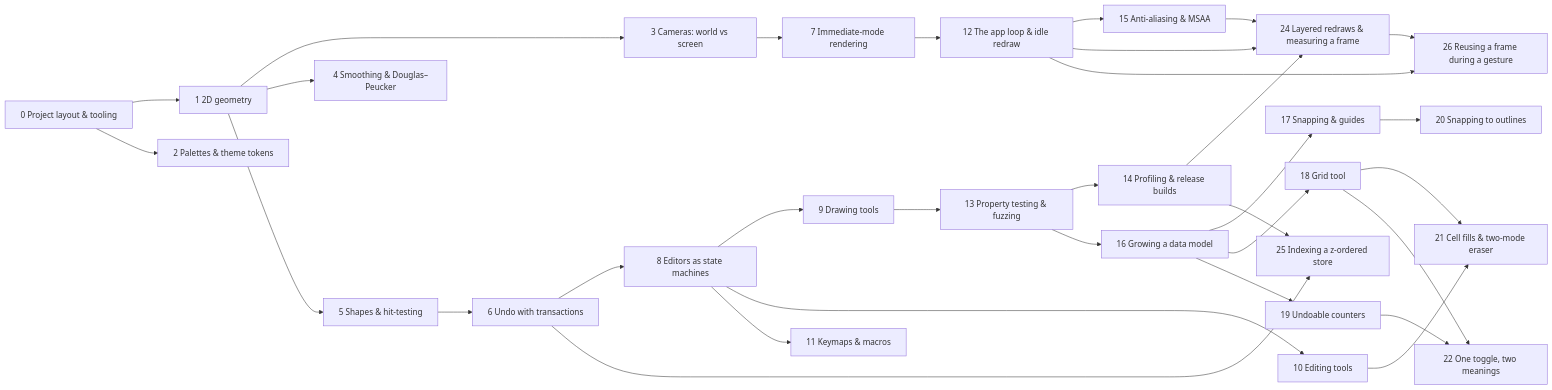
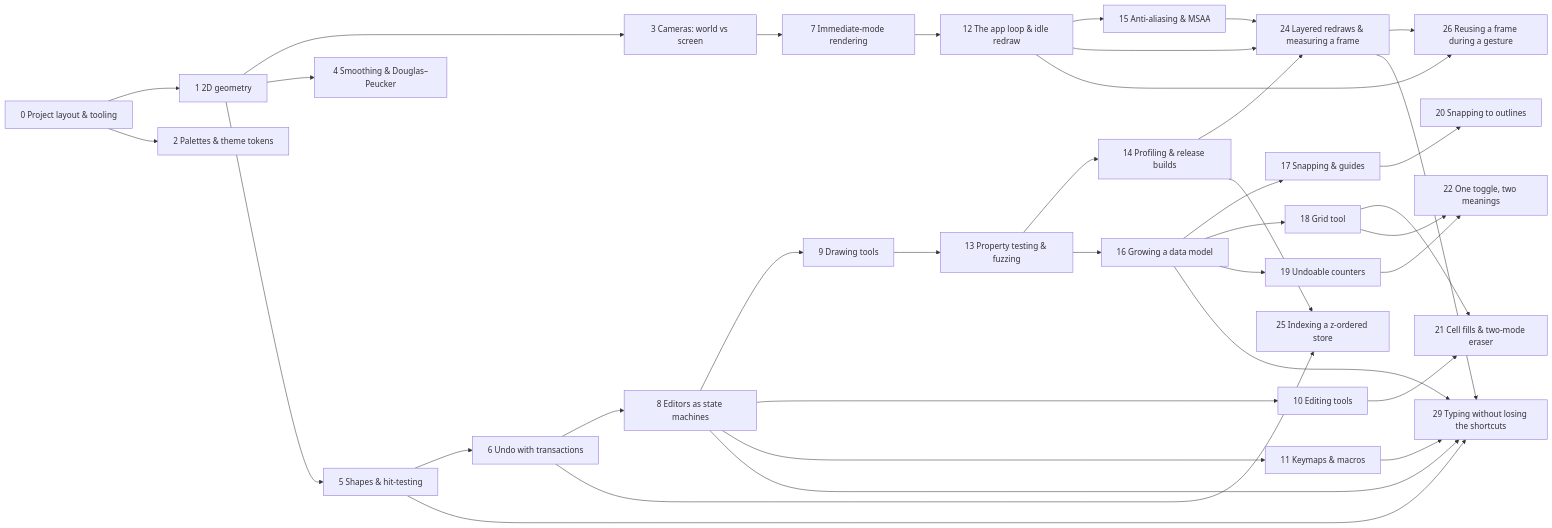
The diagram in docs/tutorials/Learning Path.md (UmBender/draw), drawn with Mermaid before and after one commit. The commit also changed other lines of this file and 5 other files, not shown here.

````diff
--- a/docs/tutorials/Learning Path.md
+++ b/docs/tutorials/Learning Path.md
@@ -11,34 +11,39 @@
 ```mermaid
 flowchart LR
   s0[0 Project layout & tooling] --> s1[1 2D geometry]
   s0 --> s2[2 Palettes & theme tokens]
   s1 --> s3[3 Cameras: world vs screen]
   s1 --> s4[4 Smoothing & Douglas–Peucker]
   s1 --> s5[5 Shapes & hit-testing]
   s5 --> s6[6 Undo with transactions]
   s3 --> s7[7 Immediate-mode rendering]
   s6 --> s8[8 Editors as state machines]
   s8 --> s9[9 Drawing tools]
   s8 --> s10[10 Editing tools]
   s8 --> s11[11 Keymaps & macros]
   s7 --> s12[12 The app loop & idle redraw]
   s9 --> s13[13 Property testing & fuzzing]
   s13 --> s14[14 Profiling & release builds]
   s12 --> s15[15 Anti-aliasing & MSAA]
   s13 --> s16[16 Growing a data model]
   s16 --> s17[17 Snapping & guides]
   s16 --> s18[18 Grid tool]
   s16 --> s19[19 Undoable counters]
   s17 --> s20[20 Snapping to outlines]
   s10 --> s21[21 Cell fills & two-mode eraser]
   s18 --> s21
   s18 --> s22[22 One toggle, two meanings]
   s19 --> s22
   s12 --> s24[24 Layered redraws & measuring a frame]
   s14 --> s24
   s15 --> s24
   s6 --> s25[25 Indexing a z-ordered store]
   s14 --> s25
   s12 --> s26[26 Reusing a frame during a gesture]
   s24 --> s26
+  s5 --> s29[29 Typing without losing the shortcuts]
+  s16 --> s29
+  s8 --> s29
+  s11 --> s29
+  s24 --> s29
 ```
````
